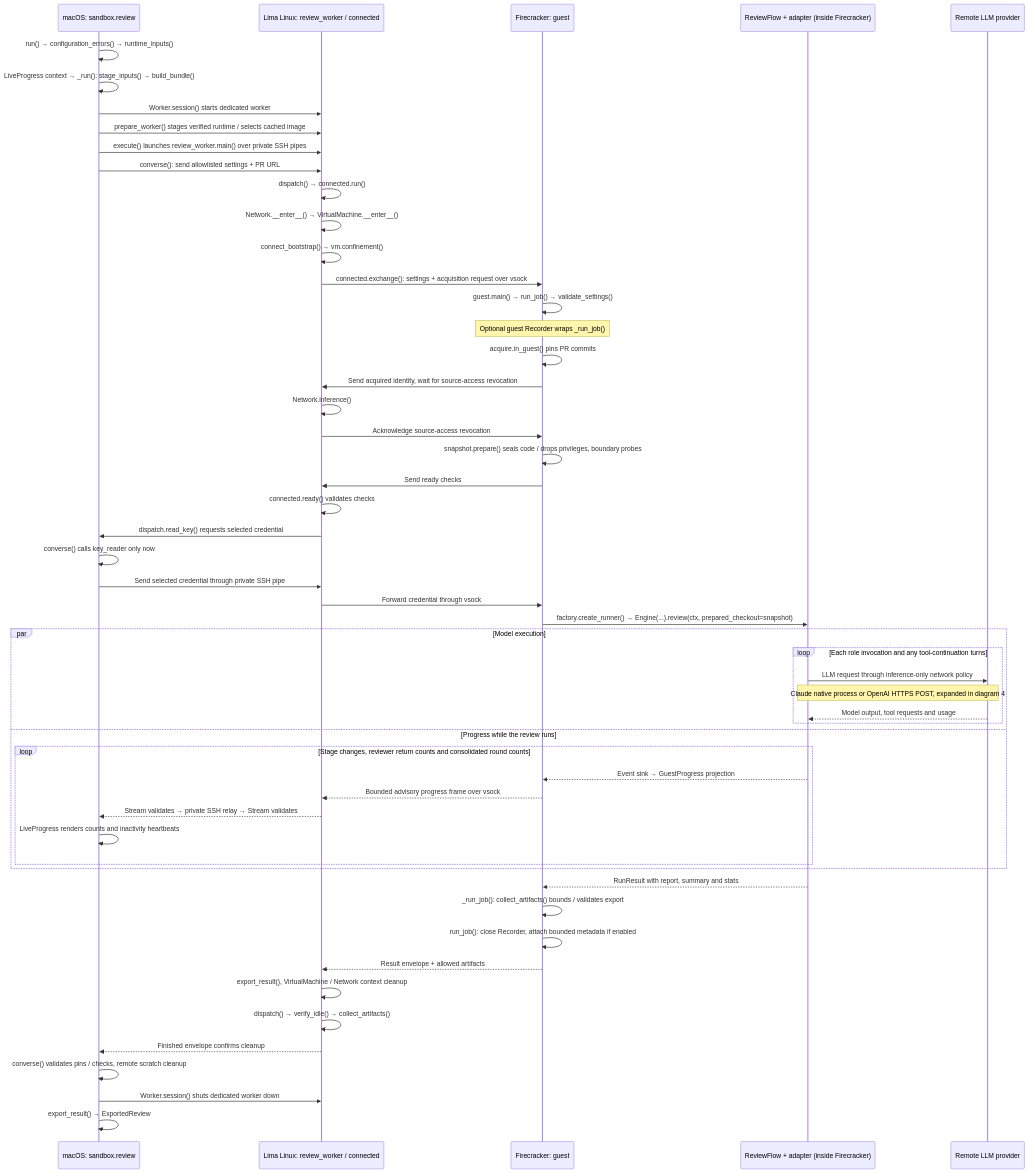
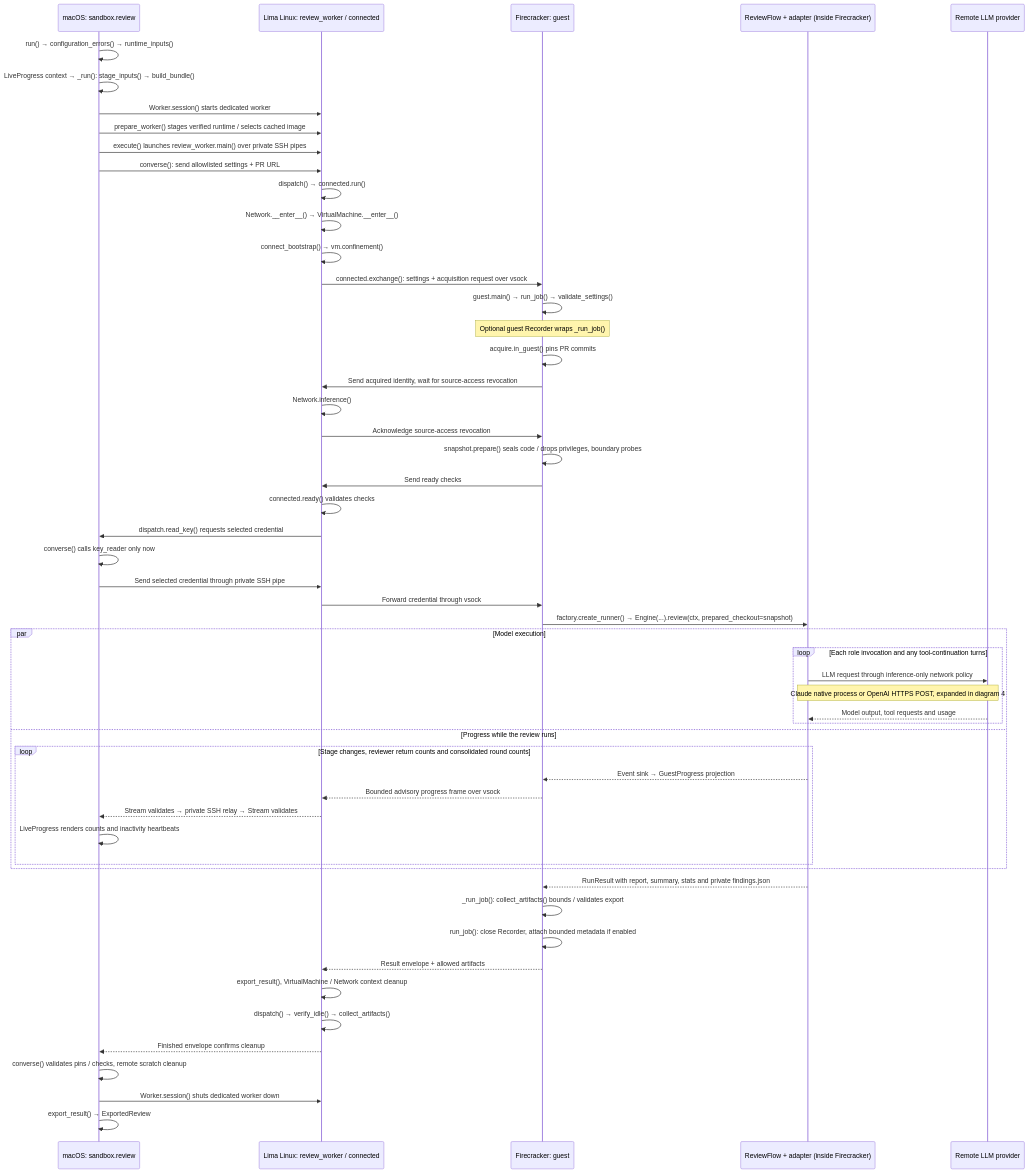
Before and after one commit to sskelkar/code-reviewer: the second of 6 diagrams in docs/project-explainer.md, drawn with Mermaid. The commit also changed 13 other files, not shown here.

````diff
--- a/docs/project-explainer.md
+++ b/docs/project-explainer.md
@@ -52,56 +52,56 @@
 ```mermaid
 sequenceDiagram
     participant CLI as macOS: sandbox.review
     participant Worker as Lima Linux: review_worker / connected
     participant VM as Firecracker: guest
     participant Core as ReviewFlow + adapter (inside Firecracker)
     participant Provider as Remote LLM provider
     CLI->>CLI: run() → configuration_errors() → runtime_inputs()
     CLI->>CLI: LiveProgress context → _run(): stage_inputs() → build_bundle()
     CLI->>Worker: Worker.session() starts dedicated worker
     CLI->>Worker: prepare_worker() stages verified runtime / selects cached image
     CLI->>Worker: execute() launches review_worker.main() over private SSH pipes
     CLI->>Worker: converse(): send allowlisted settings + PR URL
     Worker->>Worker: dispatch() → connected.run()
     Worker->>Worker: Network.__enter__() → VirtualMachine.__enter__()
     Worker->>Worker: connect_bootstrap() → vm.confinement()
     Worker->>VM: connected.exchange(): settings + acquisition request over vsock
     VM->>VM: guest.main() → run_job() → validate_settings()
     Note over VM: Optional guest Recorder wraps _run_job()
     VM->>VM: acquire.in_guest() pins PR commits
     VM->>Worker: Send acquired identity, wait for source-access revocation
     Worker->>Worker: Network.inference()
     Worker->>VM: Acknowledge source-access revocation
     VM->>VM: snapshot.prepare() seals code / drops privileges, boundary probes
     VM->>Worker: Send ready checks
     Worker->>Worker: connected.ready() validates checks
     Worker->>CLI: dispatch.read_key() requests selected credential
     CLI->>CLI: converse() calls key_reader only now
     CLI->>Worker: Send selected credential through private SSH pipe
     Worker->>VM: Forward credential through vsock
     VM->>Core: factory.create_runner() → Engine(...).review(ctx, prepared_checkout=snapshot)
     par Model execution
         loop Each role invocation and any tool-continuation turns
             Core->>Provider: LLM request through inference-only network policy
             Note over Core,Provider: Claude native process or OpenAI HTTPS POST, expanded in diagram 4
             Provider-->>Core: Model output, tool requests and usage
         end
     and Progress while the review runs
         loop Stage changes, reviewer return counts and consolidated round counts
             Core-->>VM: Event sink → GuestProgress projection
             VM-->>Worker: Bounded advisory progress frame over vsock
             Worker-->>CLI: Stream validates → private SSH relay → Stream validates
             CLI->>CLI: LiveProgress renders counts and inactivity heartbeats
         end
     end
-    Core-->>VM: RunResult with report, summary and stats
+    Core-->>VM: RunResult with report, summary, stats and private findings.json
     VM->>VM: _run_job(): collect_artifacts() bounds / validates export
     VM->>VM: run_job(): close Recorder, attach bounded metadata if enabled
     VM-->>Worker: Result envelope + allowed artifacts
     Worker->>Worker: export_result(), VirtualMachine / Network context cleanup
     Worker->>Worker: dispatch() → verify_idle() → collect_artifacts()
     Worker-->>CLI: Finished envelope confirms cleanup
     CLI->>CLI: converse() validates pins / checks, remote scratch cleanup
     CLI->>Worker: Worker.session() shuts dedicated worker down
     CLI->>CLI: export_result() → ExportedReview
 ```
````
